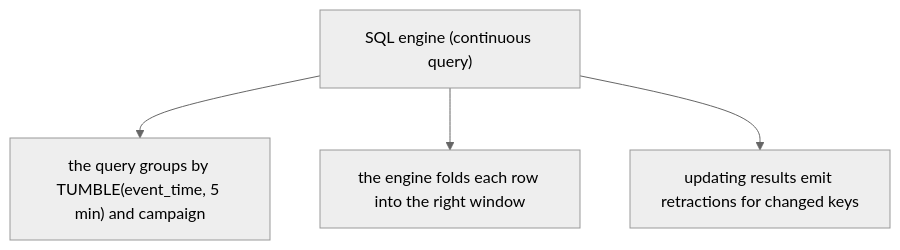
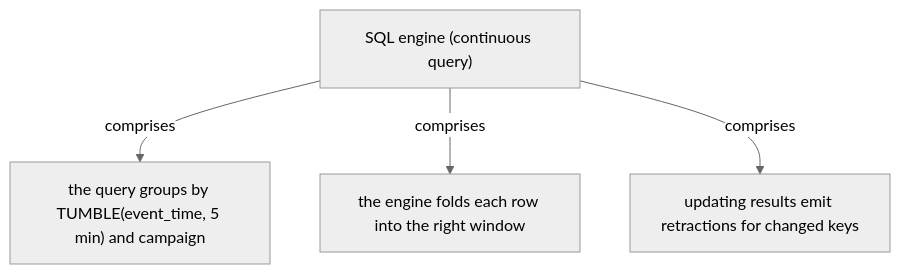
Before and after one commit to vinayakuber/streaming-systems-study-guide: the fifth of 19 diagrams in docs/ch08-streaming-sql.md, drawn with Mermaid (neutral theme). The commit also changed other lines of this file and 22 other files, not shown here.

First line of the commit message:
R18: label every diagram arrow with its meaning

````diff
--- a/docs/ch08-streaming-sql.md
+++ b/docs/ch08-streaming-sql.md
@@ -155,7 +155,7 @@
 ```mermaid
 flowchart TD
   R["SQL engine (continuous query)"]
-  R --> P0["the query groups by TUMBLE(event_time, 5 min) and campaign"]
-  R --> P1["the engine folds each row into the right window"]
-  R --> P2["updating results emit retractions for changed keys"]
+  R -->|"comprises"| P0["the query groups by TUMBLE(event_time, 5 min) and campaign"]
+  R -->|"comprises"| P1["the engine folds each row into the right window"]
+  R -->|"comprises"| P2["updating results emit retractions for changed keys"]
 ```
````
